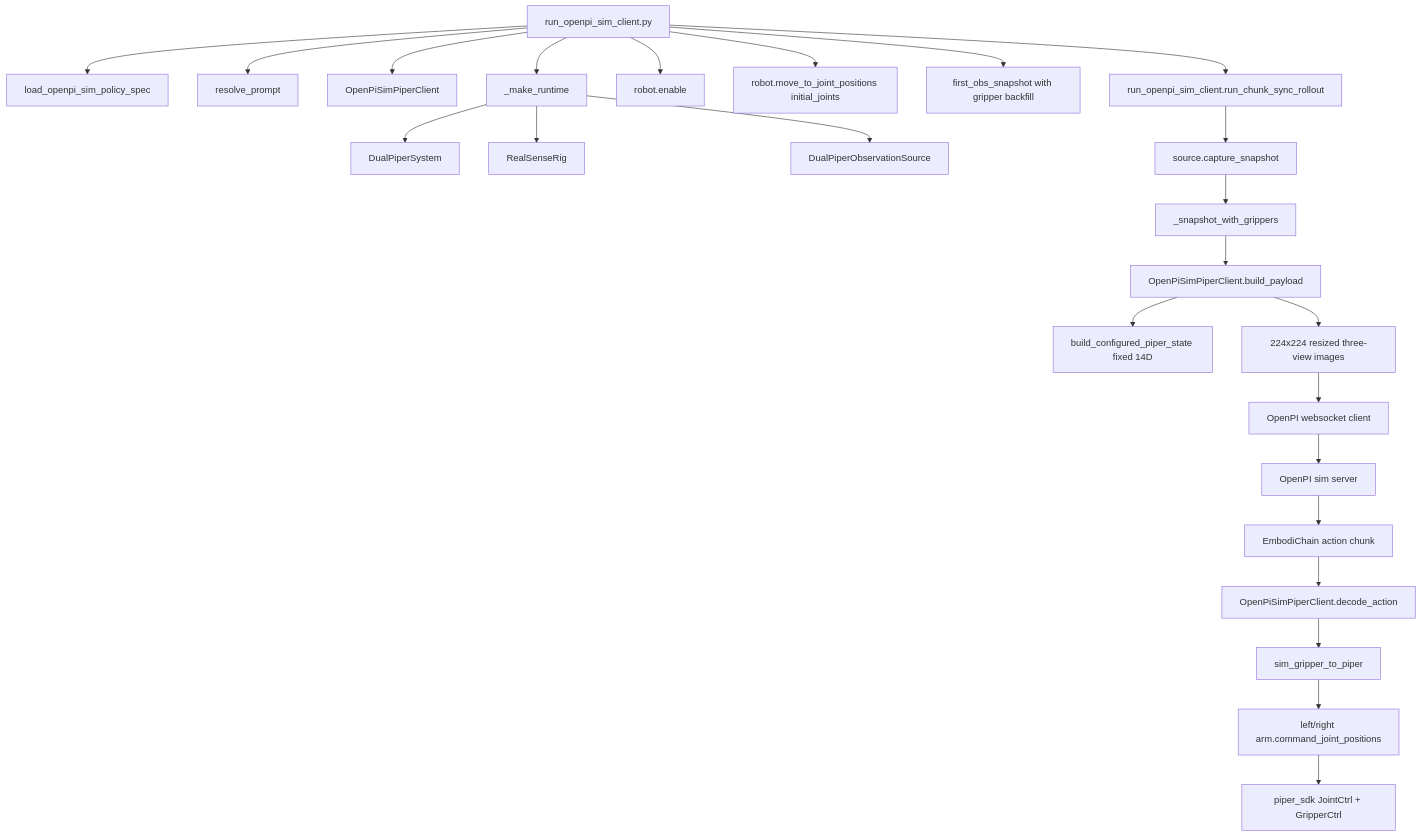
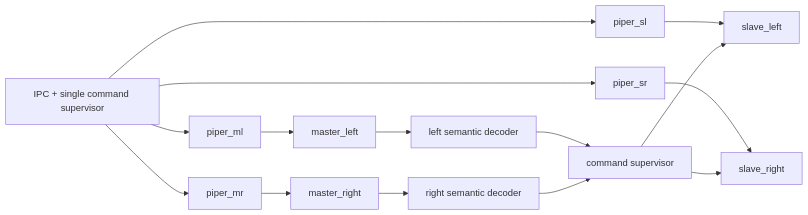
One commit to ZhaoRunyi/challenge_deploy changed the fourth of 6 diagrams in docs/deploy_call_chain.md. Above: the diagram before and after it, drawn with Mermaid. The commit also changed other lines of this file and 65 other files, not shown here.

````diff
--- a/docs/deploy_call_chain.md
+++ b/docs/deploy_call_chain.md
@@ -122,30 +99,17 @@
 ```mermaid
-flowchart TD
-    B[run_openpi_sim_client.py] --> B1[load_openpi_sim_policy_spec]
-    B --> B2[resolve_prompt]
-    B --> B3[OpenPiSimPiperClient]
-    B --> B4[_make_runtime]
-
-    B4 --> B5[DualPiperSystem]
-    B4 --> B6[RealSenseRig]
-    B4 --> B7[DualPiperObservationSource]
-
-    B --> B8[robot.enable]
-    B --> B9[robot.move_to_joint_positions initial_joints]
-    B --> B10[first_obs_snapshot with gripper backfill]
-    B --> B11[run_openpi_sim_client.run_chunk_sync_rollout]
-
-    B11 --> B12[source.capture_snapshot]
-    B12 --> B13[_snapshot_with_grippers]
-    B13 --> B14[OpenPiSimPiperClient.build_payload]
-    B14 --> B15[build_configured_piper_state fixed 14D]
-    B14 --> B16[224x224 resized three-view images]
-    B16 --> B17[OpenPI websocket client]
-    B17 --> B18[OpenPI sim server]
-    B18 --> B19[EmbodiChain action chunk]
-
-    B19 --> B20[OpenPiSimPiperClient.decode_action]
-    B20 --> B21[sim_gripper_to_piper]
-    B21 --> B22[left/right arm.command_joint_positions]
-    B22 --> B23[piper_sdk JointCtrl + GripperCtrl]
+flowchart LR
+    IPC[IPC + single command supervisor] --> CML[piper_ml]
+    IPC --> CMR[piper_mr]
+    IPC --> CSL[piper_sl]
+    IPC --> CSR[piper_sr]
+    CML --> ML[master_left]
+    CMR --> MR[master_right]
+    CSL --> SL[slave_left]
+    CSR --> SR[slave_right]
+    ML --> GL[left semantic decoder]
+    MR --> GR[right semantic decoder]
+    GL --> SUP[command supervisor]
+    GR --> SUP
+    SUP --> SL
+    SUP --> SR
 ```
````
